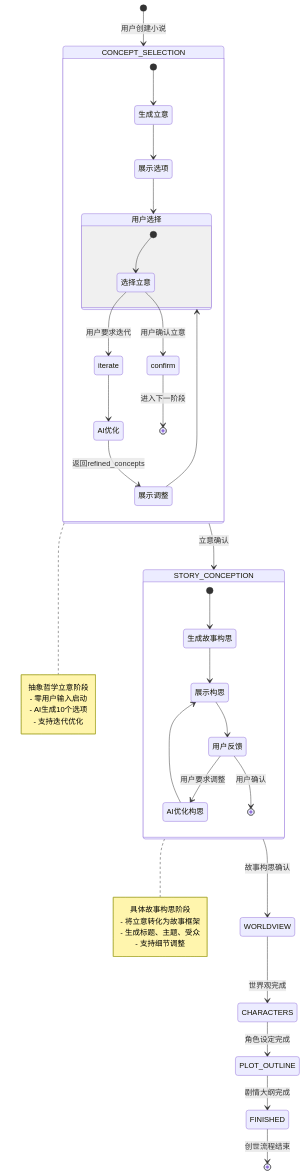
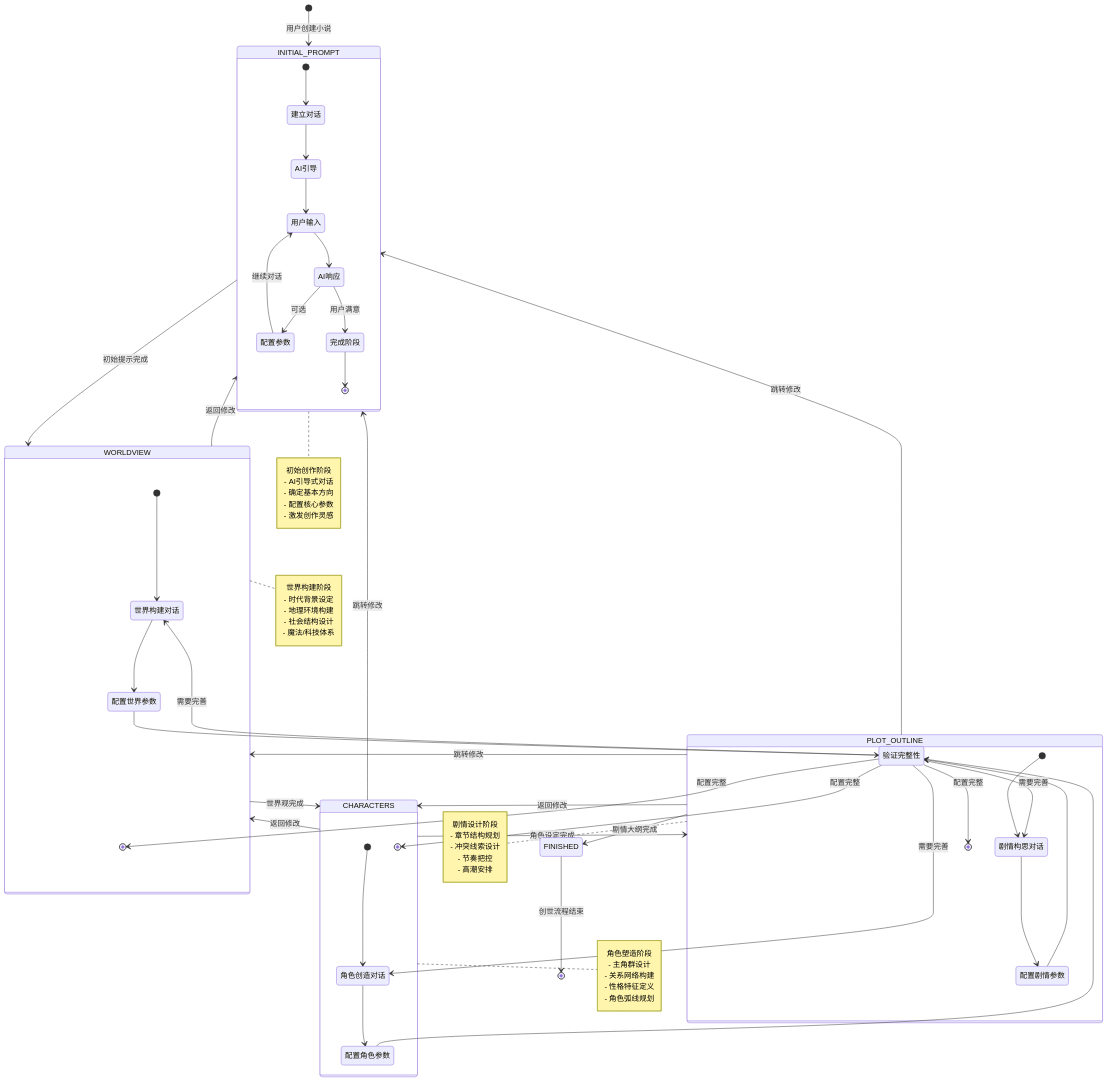
One commit to zhiyue/infinite-scribe changed the sixth of 6 diagrams in docs/design/workflows/GENESIS_FLOW_REDESIGN.md. Above: the diagram before and after it, drawn with Mermaid. The commit also changed other lines of this file, not shown here.

````diff
--- a/docs/design/workflows/GENESIS_FLOW_REDESIGN.md
+++ b/docs/design/workflows/GENESIS_FLOW_REDESIGN.md
@@ -396,53 +500,88 @@
 ```mermaid
 stateDiagram-v2
-    [*] --> CONCEPT_SELECTION: 用户创建小说
-    
-    state CONCEPT_SELECTION {
-        [*] --> 生成立意
-        生成立意 --> 展示选项
-        展示选项 --> 用户选择
-        
-        state 用户选择 {
-            [*] --> 选择立意
-            选择立意 --> iterate: 用户要求迭代
-            选择立意 --> confirm: 用户确认立意
-        }
-        
-        iterate --> AI优化
-        AI优化 --> 展示调整: 返回refined_concepts
-        展示调整 --> 用户选择
-        
-        confirm --> [*]: 进入下一阶段
+    [*] --> INITIAL_PROMPT: 用户创建小说
+
+    state INITIAL_PROMPT {
+        [*] --> 建立对话
+        建立对话 --> AI引导
+        AI引导 --> 用户输入
+        用户输入 --> AI响应
+        AI响应 --> 配置参数: 可选
+        配置参数 --> 用户输入: 继续对话
+        AI响应 --> 完成阶段: 用户满意
+        完成阶段 --> [*]
     }
-    
-    CONCEPT_SELECTION --> STORY_CONCEPTION: 立意确认
-    
-    state STORY_CONCEPTION {
-        [*] --> 生成故事构思
-        生成故事构思 --> 展示构思
-        展示构思 --> 用户反馈
-        用户反馈 --> AI优化构思: 用户要求调整
-        用户反馈 --> [*]: 用户确认
-        AI优化构思 --> 展示构思
+
+    INITIAL_PROMPT --> WORLDVIEW: 初始提示完成
+
+    state WORLDVIEW {
+        [*] --> 世界构建对话
+        世界构建对话 --> 配置世界参数
+        配置世界参数 --> 验证完整性
+        验证完整性 --> 世界构建对话: 需要完善
+        验证完整性 --> [*]: 配置完整
     }
-    
-    STORY_CONCEPTION --> WORLDVIEW: 故事构思确认
+
     WORLDVIEW --> CHARACTERS: 世界观完成
+
+    state CHARACTERS {
+        [*] --> 角色创造对话
+        角色创造对话 --> 配置角色参数
+        配置角色参数 --> 验证完整性
+        验证完整性 --> 角色创造对话: 需要完善
+        验证完整性 --> [*]: 配置完整
+    }
+
     CHARACTERS --> PLOT_OUTLINE: 角色设定完成
+
+    state PLOT_OUTLINE {
+        [*] --> 剧情构思对话
+        剧情构思对话 --> 配置剧情参数
+        配置剧情参数 --> 验证完整性
+        验证完整性 --> 剧情构思对话: 需要完善
+        验证完整性 --> [*]: 配置完整
+    }
+
     PLOT_OUTLINE --> FINISHED: 剧情大纲完成
     FINISHED --> [*]: 创世流程结束
-    
-    note right of CONCEPT_SELECTION
-        抽象哲学立意阶段
-        - 零用户输入启动
-        - AI生成10个选项
-        - 支持迭代优化
+
+    %% 跨阶段导航
+    WORLDVIEW --> INITIAL_PROMPT: 返回修改
+    CHARACTERS --> WORLDVIEW: 返回修改
+    CHARACTERS --> INITIAL_PROMPT: 跳转修改
+    PLOT_OUTLINE --> CHARACTERS: 返回修改
+    PLOT_OUTLINE --> WORLDVIEW: 跳转修改
+    PLOT_OUTLINE --> INITIAL_PROMPT: 跳转修改
+
+    note right of INITIAL_PROMPT
+        初始创作阶段
+        - AI引导式对话
+        - 确定基本方向
+        - 配置核心参数
+        - 激发创作灵感
     end note
-    
-    note right of STORY_CONCEPTION
-        具体故事构思阶段
-        - 将立意转化为故事框架
-        - 生成标题、主题、受众
-        - 支持细节调整
+
+    note right of WORLDVIEW
+        世界构建阶段
+        - 时代背景设定
+        - 地理环境构建
+        - 社会结构设计
+        - 魔法/科技体系
+    end note
+
+    note right of CHARACTERS
+        角色塑造阶段
+        - 主角群设计
+        - 关系网络构建
+        - 性格特征定义
+        - 角色弧线规划
+    end note
+
+    note right of PLOT_OUTLINE
+        剧情设计阶段
+        - 章节结构规划
+        - 冲突线索设计
+        - 节奏把控
+        - 高潮安排
     end note
 ```
````
